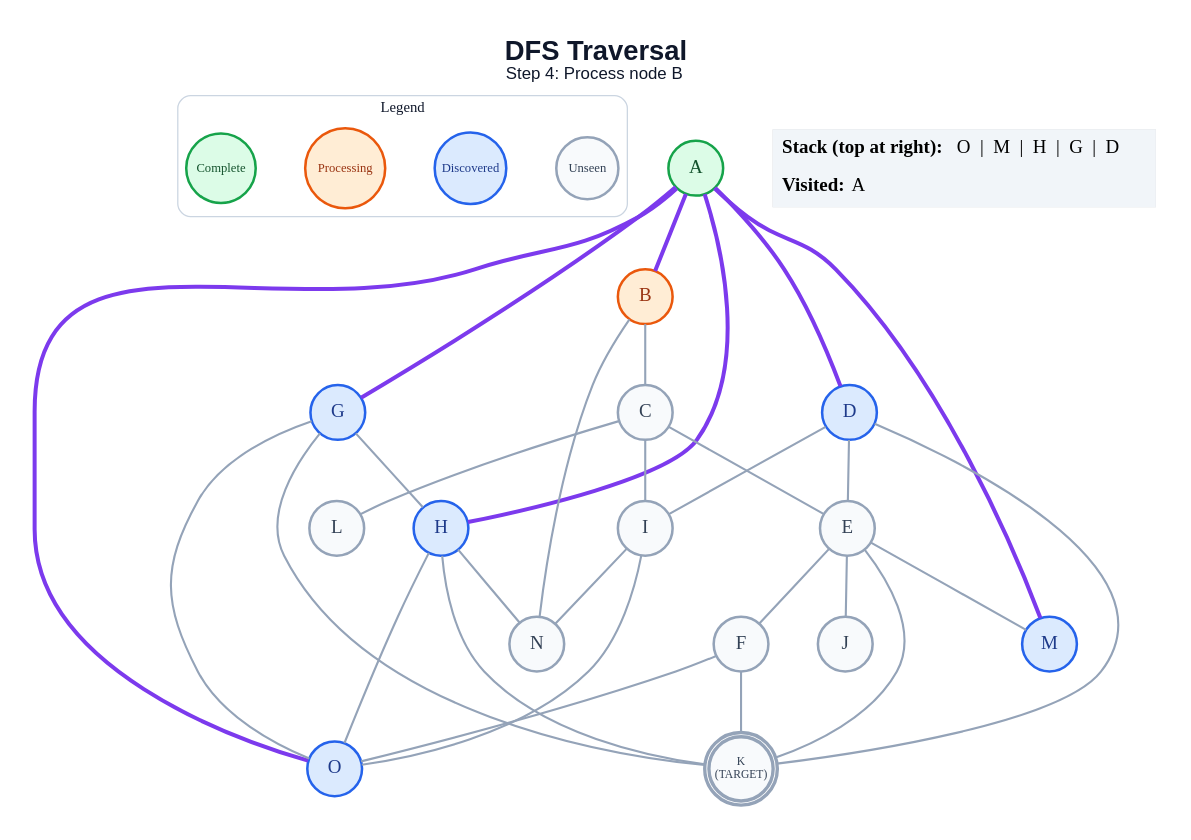
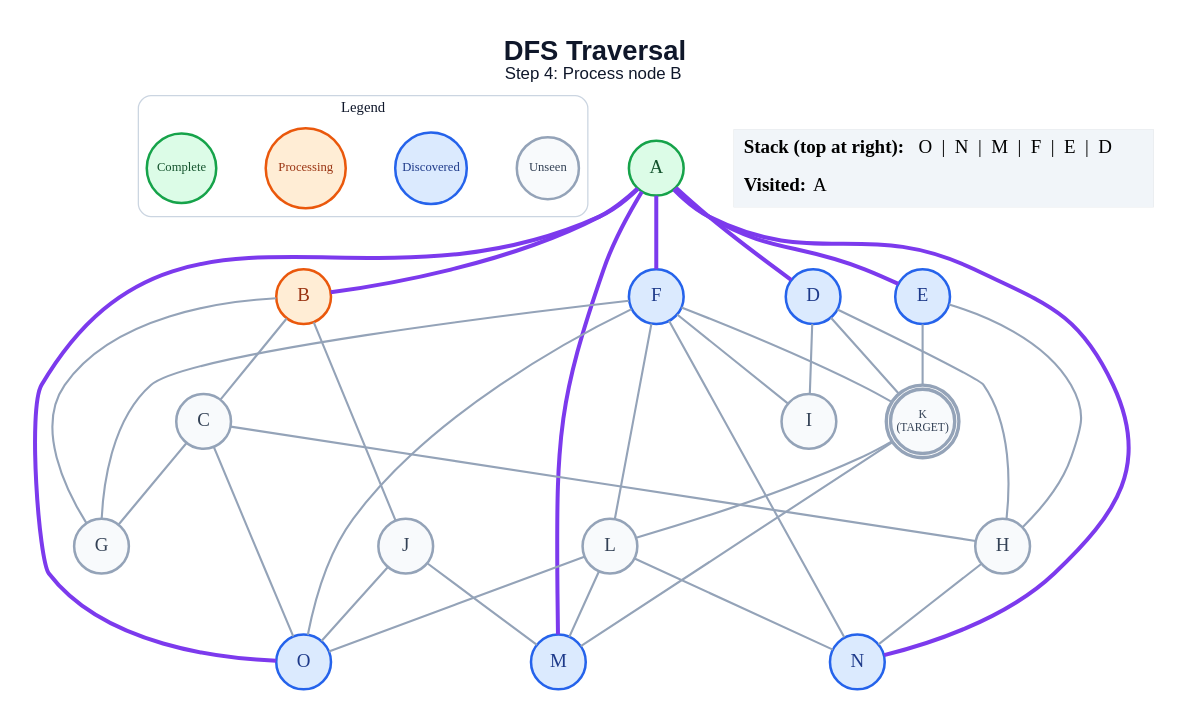
The diagram in generated/dfs/step_04.dot (anon7238593-create/ai-slop), drawn with Graphviz before and after one commit. The commit also changed 260 other files, not shown here.

```diff
--- a/generated/dfs/step_04.dot
+++ b/generated/dfs/step_04.dot
@@ -1,62 +1,66 @@
 graph traversal {
   graph [layout=dot, rankdir=TB, bgcolor="#FFFFFF", pad="0.35", nodesep="0.65", ranksep="0.8", fontname="Arial"];
   node [shape=circle, style="filled", fontname="Arial Bold", fontsize=18, width=0.72, fixedsize=true, penwidth=2.4];
   edge [color="#94A3B8", penwidth=2.0];
   label=<<B>DFS Traversal</B><BR/><FONT POINT-SIZE="16">Step 4: Process node B</FONT>>; labelloc="t"; fontsize=26; fontname="Arial"; fontcolor="#0F172A";
   subgraph cluster_legend { label="Legend"; color="#CBD5E1"; penwidth=1.2; style="rounded"; fontsize=14; fontname="Arial Bold";
     key_unseen [label="Unseen", fillcolor="#F8FAFC", color="#94A3B8", fontcolor="#334155", fontsize=12, width=0.82];
     key_frontier [label="Discovered", fillcolor="#DBEAFE", color="#2563EB", fontcolor="#1E3A8A", fontsize=12, width=0.95];
     key_current [label="Processing", fillcolor="#FFEDD5", color="#EA580C", fontcolor="#9A3412", fontsize=12, width=1.05];
     key_done [label="Complete", fillcolor="#DCFCE7", color="#16A34A", fontcolor="#14532D", fontsize=12, width=0.92];
     { rank=same; key_unseen; key_frontier; key_current; key_done; }
   }
   A [label="A", fillcolor="#DCFCE7", color="#16A34A", fontcolor="#14532D", peripheries=1, penwidth=2.4];
   B [label="B", fillcolor="#FFEDD5", color="#EA580C", fontcolor="#9A3412", peripheries=1, penwidth=2.4];
   C [label="C", fillcolor="#F8FAFC", color="#94A3B8", fontcolor="#334155", peripheries=1, penwidth=2.4];
   D [label="D", fillcolor="#DBEAFE", color="#2563EB", fontcolor="#1E3A8A", peripheries=1, penwidth=2.4];
-  E [label="E", fillcolor="#F8FAFC", color="#94A3B8", fontcolor="#334155", peripheries=1, penwidth=2.4];
-  F [label="F", fillcolor="#F8FAFC", color="#94A3B8", fontcolor="#334155", peripheries=1, penwidth=2.4];
-  G [label="G", fillcolor="#DBEAFE", color="#2563EB", fontcolor="#1E3A8A", peripheries=1, penwidth=2.4];
-  H [label="H", fillcolor="#DBEAFE", color="#2563EB", fontcolor="#1E3A8A", peripheries=1, penwidth=2.4];
+  E [label="E", fillcolor="#DBEAFE", color="#2563EB", fontcolor="#1E3A8A", peripheries=1, penwidth=2.4];
+  F [label="F", fillcolor="#DBEAFE", color="#2563EB", fontcolor="#1E3A8A", peripheries=1, penwidth=2.4];
+  G [label="G", fillcolor="#F8FAFC", color="#94A3B8", fontcolor="#334155", peripheries=1, penwidth=2.4];
+  H [label="H", fillcolor="#F8FAFC", color="#94A3B8", fontcolor="#334155", peripheries=1, penwidth=2.4];
   I [label="I", fillcolor="#F8FAFC", color="#94A3B8", fontcolor="#334155", peripheries=1, penwidth=2.4];
   J [label="J", fillcolor="#F8FAFC", color="#94A3B8", fontcolor="#334155", peripheries=1, penwidth=2.4];
   K [label="K\n(TARGET)", fillcolor="#F8FAFC", color="#94A3B8", fontcolor="#334155", peripheries=2, penwidth=3.2, fontsize=11, width=0.85, height=0.85];
   L [label="L", fillcolor="#F8FAFC", color="#94A3B8", fontcolor="#334155", peripheries=1, penwidth=2.4];
   M [label="M", fillcolor="#DBEAFE", color="#2563EB", fontcolor="#1E3A8A", peripheries=1, penwidth=2.4];
-  N [label="N", fillcolor="#F8FAFC", color="#94A3B8", fontcolor="#334155", peripheries=1, penwidth=2.4];
+  N [label="N", fillcolor="#DBEAFE", color="#2563EB", fontcolor="#1E3A8A", peripheries=1, penwidth=2.4];
   O [label="O", fillcolor="#DBEAFE", color="#2563EB", fontcolor="#1E3A8A", peripheries=1, penwidth=2.4];
   A -- B [color="#7C3AED", penwidth=3.8];
   A -- D [color="#7C3AED", penwidth=3.8];
-  A -- G [color="#7C3AED", penwidth=3.8];
-  A -- H [color="#7C3AED", penwidth=3.8];
+  A -- E [color="#7C3AED", penwidth=3.8];
+  A -- F [color="#7C3AED", penwidth=3.8];
   A -- M [color="#7C3AED", penwidth=3.8];
+  A -- N [color="#7C3AED", penwidth=3.8];
   A -- O [color="#7C3AED", penwidth=3.8];
   B -- C;
-  B -- N;
-  C -- E;
-  C -- I;
-  C -- L;
-  D -- E;
+  B -- G;
+  B -- J;
+  C -- G;
+  C -- H;
+  C -- O;
+  D -- H;
   D -- I;
   D -- K;
-  E -- F;
-  E -- J;
+  E -- H;
   E -- K;
-  E -- M;
+  F -- G;
+  F -- I;
   F -- K;
+  F -- L;
+  F -- N;
   F -- O;
-  G -- H;
-  G -- K;
-  G -- O;
-  H -- K;
   H -- N;
-  H -- O;
-  I -- N;
-  I -- O;
+  J -- M;
+  J -- O;
+  K -- L;
+  K -- M;
+  L -- M;
+  L -- N;
+  L -- O;
   status [shape=plain, fixedsize=false, width=0, height=0, margin=0, label=<
     <TABLE BORDER="0" CELLBORDER="0" CELLPADDING="7" BGCOLOR="#F1F5F9">
-      <TR><TD ALIGN="LEFT"><B>Stack (top at right):</B> O  |  M  |  H  |  G  |  D</TD></TR>
+      <TR><TD ALIGN="LEFT"><B>Stack (top at right):</B> O  |  N  |  M  |  F  |  E  |  D</TD></TR>
       <TR><TD ALIGN="LEFT"><B>Visited:</B> A</TD></TR>
     </TABLE>
   >];
 }
```
